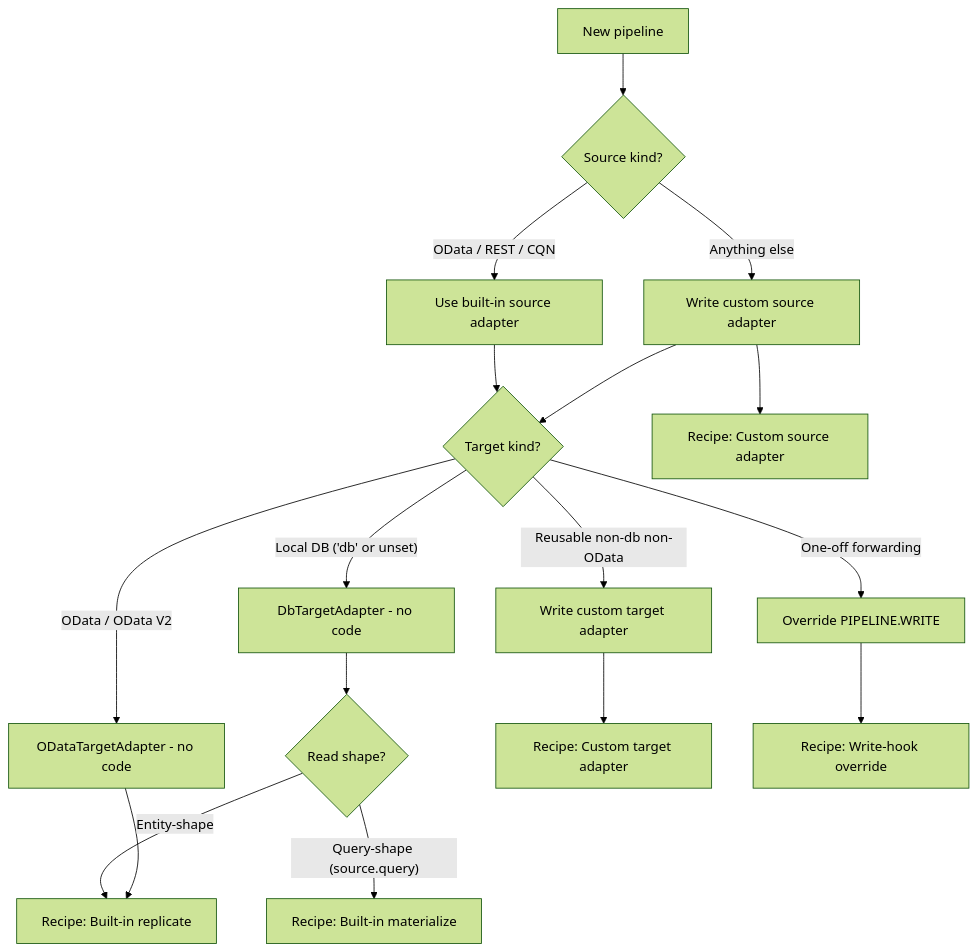
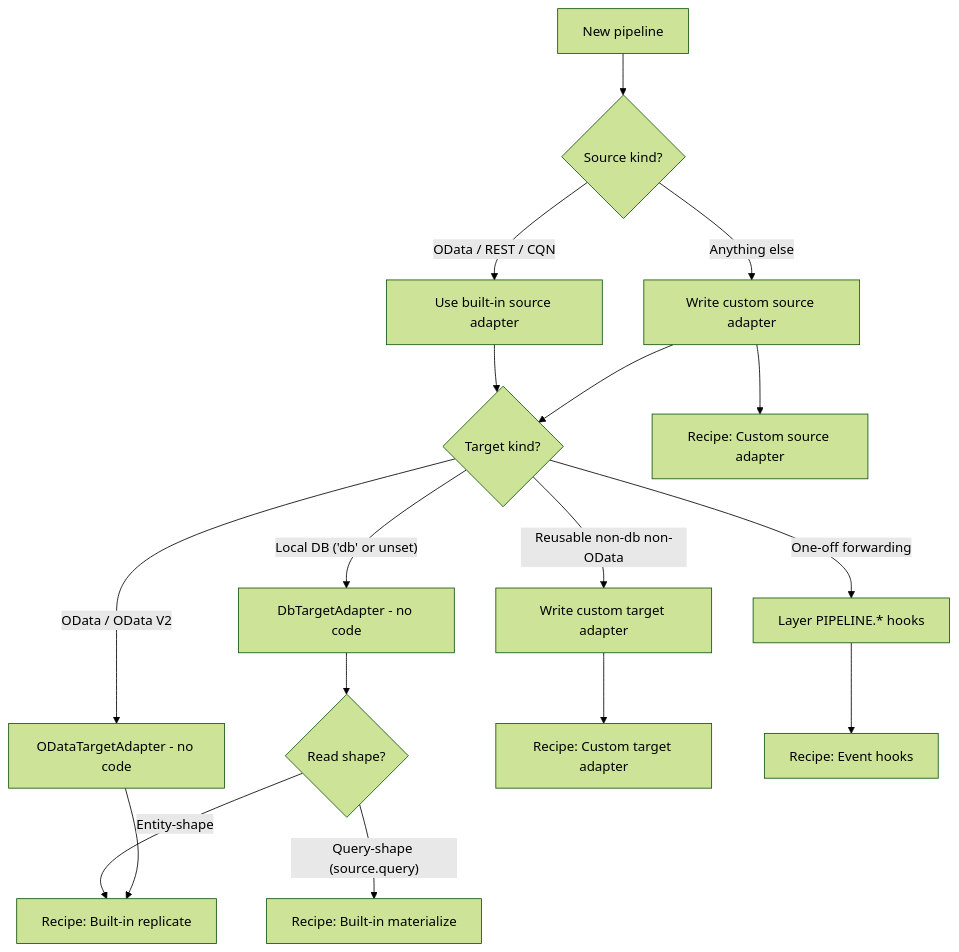
One commit to mikezaschka/cds-data-pipeline changed the diagram in docs/recipes/index.md. Above: the diagram before and after it, drawn with Mermaid (forest theme). The commit also changed other lines of this file and 27 other files, not shown here.

````diff
--- a/docs/recipes/index.md
+++ b/docs/recipes/index.md
@@ -22,23 +22,23 @@
 ```mermaid
 flowchart TD
   start[New pipeline] --> src{"Source kind?"}
   src -->|"OData / REST / CQN"| srcBuiltin[Use built-in source adapter]
   src -->|"Anything else"| srcCustom[Write custom source adapter]
 
   srcBuiltin --> tgt{"Target kind?"}
   srcCustom --> tgt
 
   tgt -->|"Local DB ('db' or unset)"| tgtDb[DbTargetAdapter - no code]
   tgt -->|"OData / OData V2"| tgtOdata[ODataTargetAdapter - no code]
   tgt -->|"Reusable non-db non-OData"| tgtCustom[Write custom target adapter]
-  tgt -->|"One-off forwarding"| tgtHook[Override PIPELINE.WRITE]
+  tgt -->|"One-off forwarding"| tgtHook[Layer PIPELINE.* hooks]
 
   tgtDb --> shape{"Read shape?"}
   shape -->|"Entity-shape"| replicate["Recipe: Built-in replicate"]
   shape -->|"Query-shape (source.query)"| materialize["Recipe: Built-in materialize"]
 
   tgtOdata --> replicate
   tgtCustom --> customTgt["Recipe: Custom target adapter"]
-  tgtHook --> hookRecipe["Recipe: Write-hook override"]
+  tgtHook --> hookRecipe["Recipe: Event hooks"]
   srcCustom --> customSrc["Recipe: Custom source adapter"]
 ```
````
